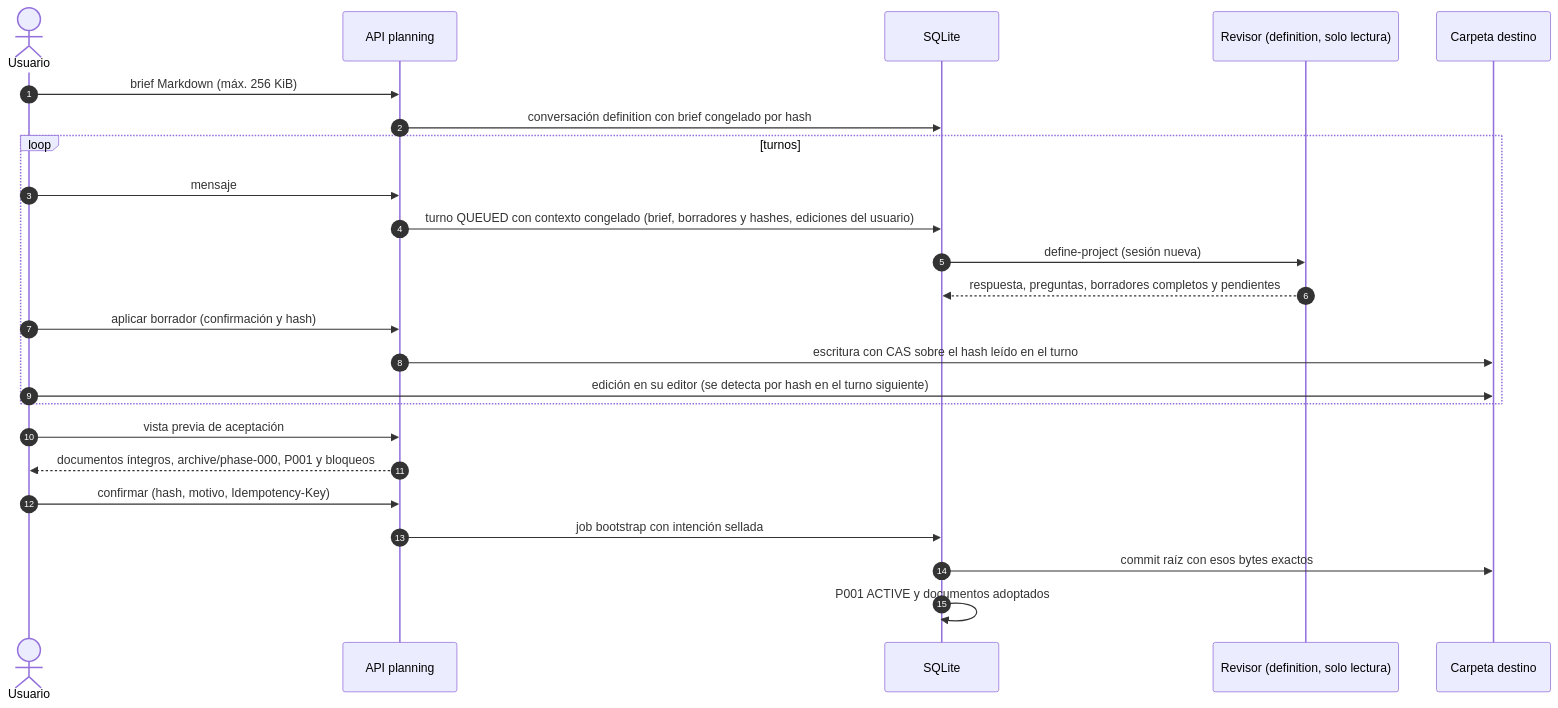
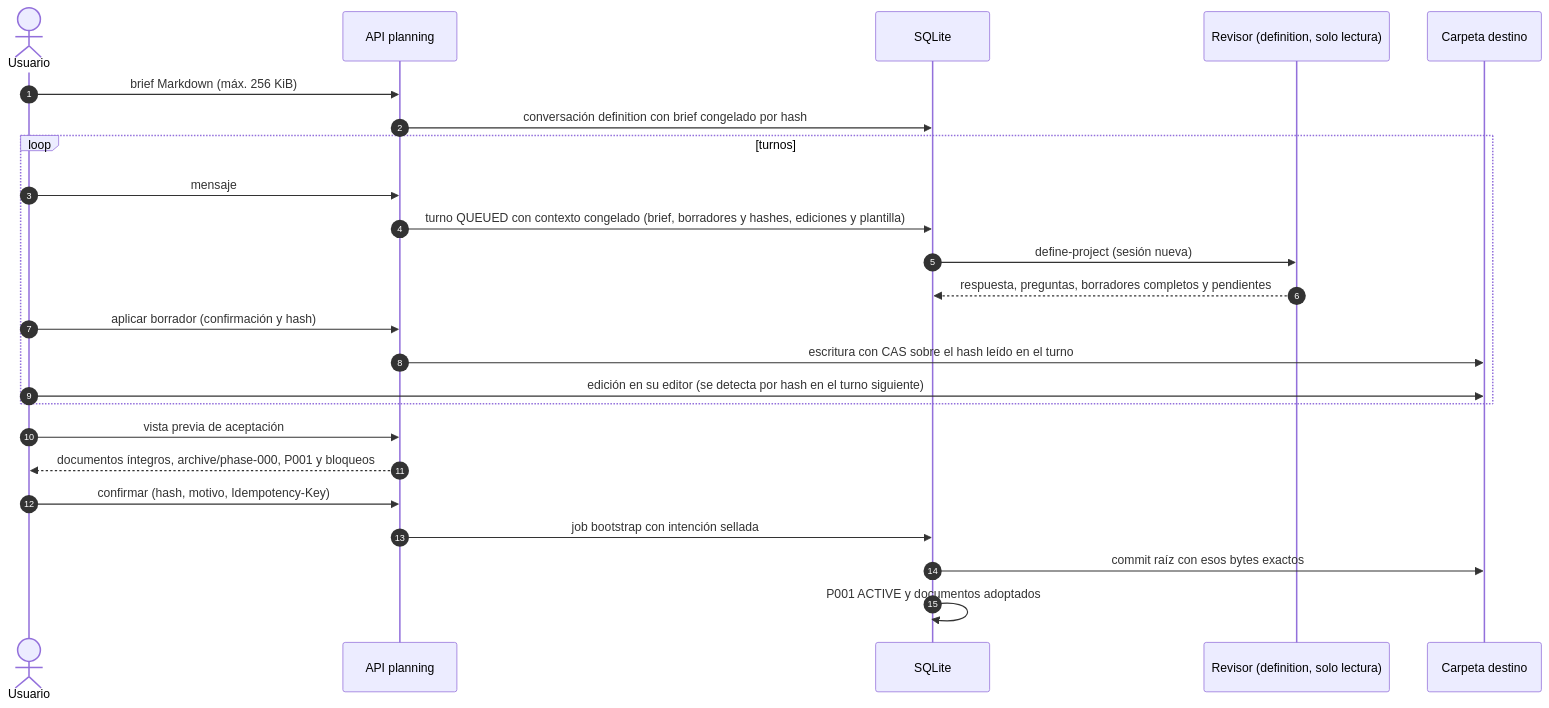
The diagram in docs/flows/project-definition.md (AcostaDDev/my-harness-archive), drawn with Mermaid before and after one commit. The commit also changed other lines of this file and 25 other files, not shown here.

````diff
--- a/docs/flows/project-definition.md
+++ b/docs/flows/project-definition.md
@@ -8,26 +8,26 @@
 ```mermaid
 sequenceDiagram
     autonumber
     actor U as Usuario
     participant API as API planning
     participant DB as SQLite
     participant R as Revisor (definition, solo lectura)
     participant D as Carpeta destino
     U->>API: brief Markdown (máx. 256 KiB)
     API->>DB: conversación definition con brief congelado por hash
     loop turnos
         U->>API: mensaje
-        API->>DB: turno QUEUED con contexto congelado (brief, borradores y hashes, ediciones del usuario)
+        API->>DB: turno QUEUED con contexto congelado (brief, borradores y hashes, ediciones y plantilla)
         DB->>R: define-project (sesión nueva)
         R-->>DB: respuesta, preguntas, borradores completos y pendientes
         U->>API: aplicar borrador (confirmación y hash)
         API->>D: escritura con CAS sobre el hash leído en el turno
         U->>D: edición en su editor (se detecta por hash en el turno siguiente)
     end
     U->>API: vista previa de aceptación
     API-->>U: documentos íntegros, archive/phase-000, P001 y bloqueos
     U->>API: confirmar (hash, motivo, Idempotency-Key)
     API->>DB: job bootstrap con intención sellada
     DB->>D: commit raíz con esos bytes exactos
     DB->>DB: P001 ACTIVE y documentos adoptados
 ```
````
